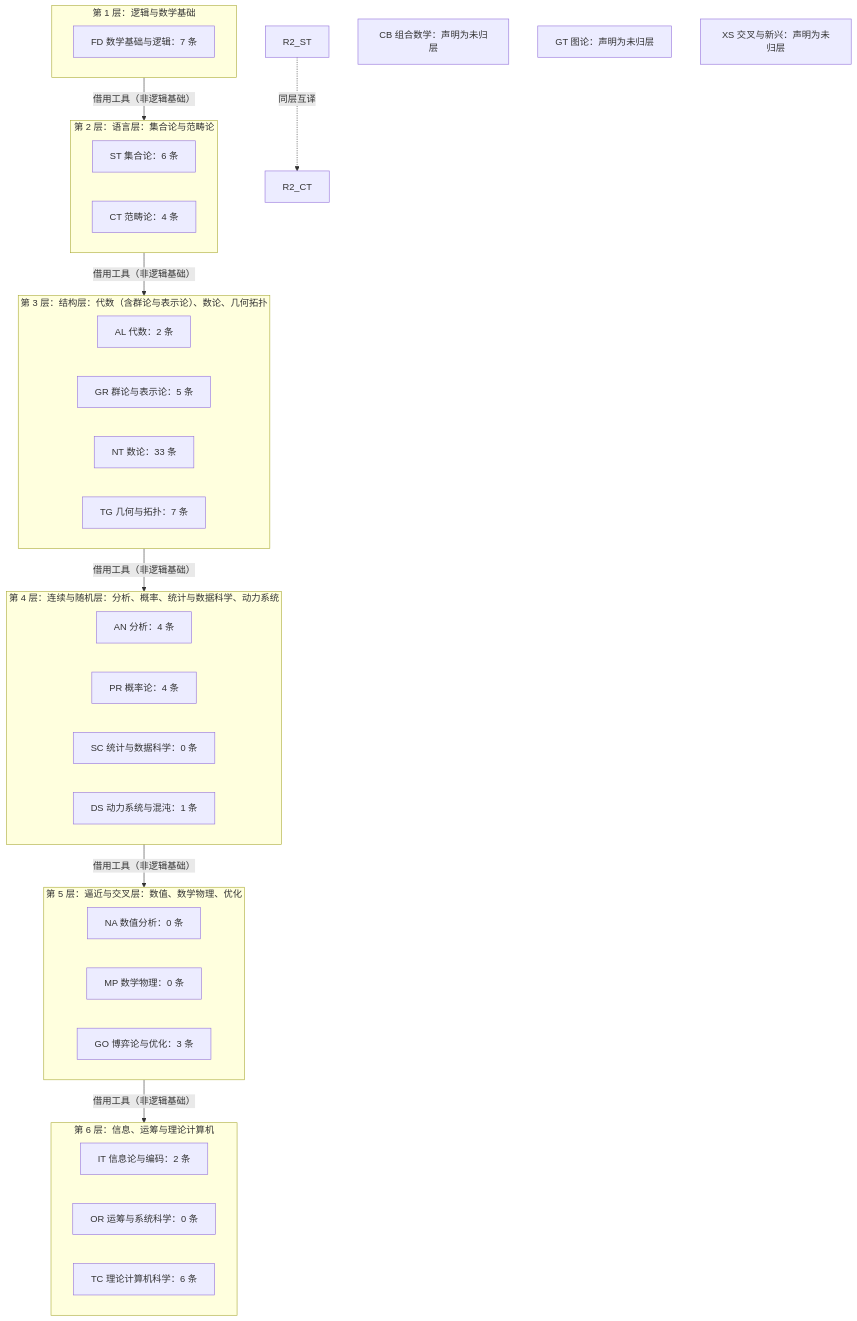
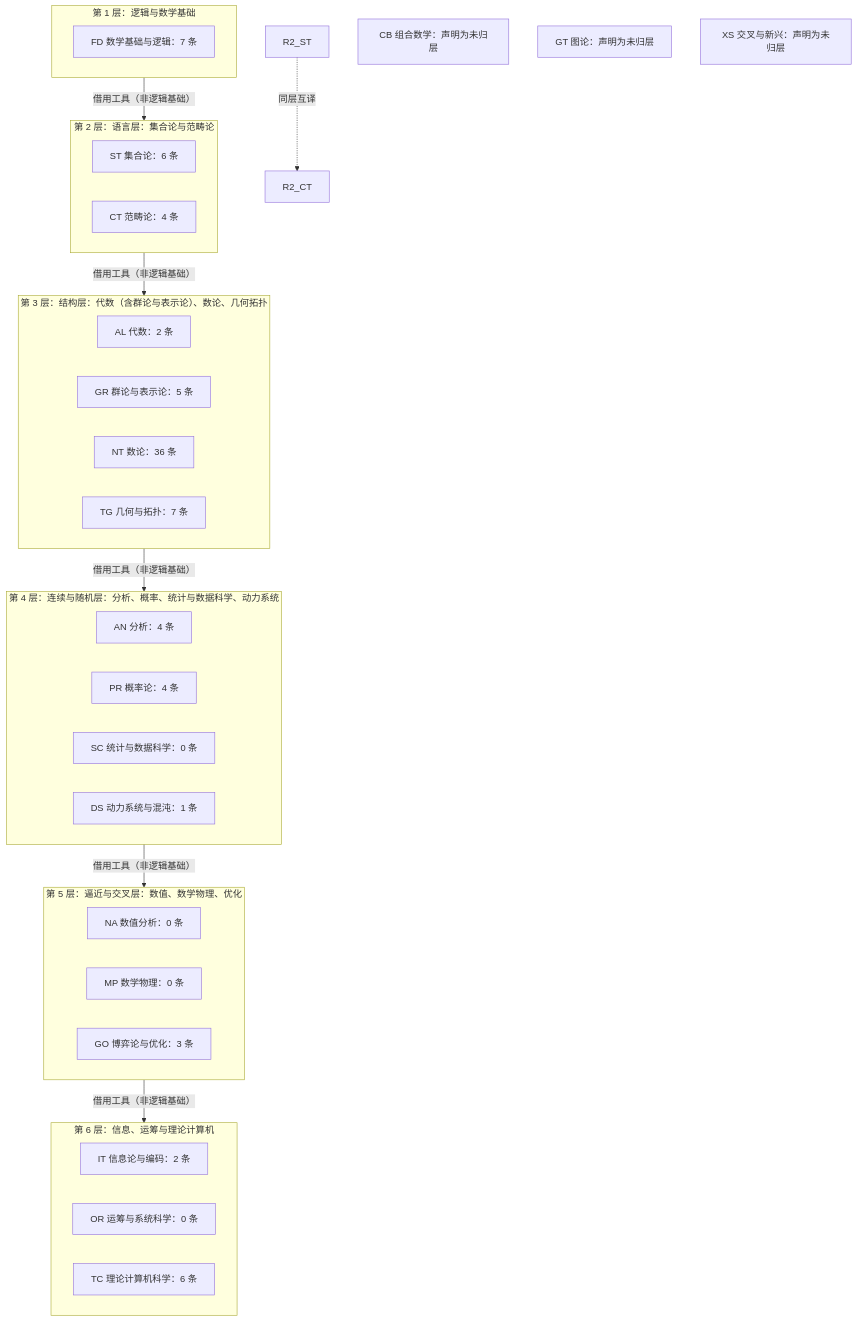
Before and after one commit to aikjx/openmath: the diagram in 10-文献与索引/知识图谱/流程图/01-域依赖.mmd, drawn with Mermaid. The commit also changed 26 other files, not shown here.

```diff
--- a/10-文献与索引/知识图谱/流程图/01-域依赖.mmd
+++ b/10-文献与索引/知识图谱/流程图/01-域依赖.mmd
@@ -1,39 +1,39 @@
 flowchart TB
   subgraph R1[第 1 层：逻辑与数学基础]
     T1_FD["FD 数学基础与逻辑：7 条"]
   end
   subgraph R2[第 2 层：语言层：集合论与范畴论]
     T2_ST["ST 集合论：6 条"]
     T2_CT["CT 范畴论：4 条"]
   end
   R1 -->|"借用工具（非逻辑基础）"| R2
   subgraph R3[第 3 层：结构层：代数（含群论与表示论）、数论、几何拓扑]
     T3_AL["AL 代数：2 条"]
     T3_GR["GR 群论与表示论：5 条"]
-    T3_NT["NT 数论：33 条"]
+    T3_NT["NT 数论：36 条"]
     T3_TG["TG 几何与拓扑：7 条"]
   end
   R2 -->|"借用工具（非逻辑基础）"| R3
   subgraph R4[第 4 层：连续与随机层：分析、概率、统计与数据科学、动力系统]
     T4_AN["AN 分析：4 条"]
     T4_PR["PR 概率论：4 条"]
     T4_SC["SC 统计与数据科学：0 条"]
     T4_DS["DS 动力系统与混沌：1 条"]
   end
   R3 -->|"借用工具（非逻辑基础）"| R4
   subgraph R5[第 5 层：逼近与交叉层：数值、数学物理、优化]
     T5_NA["NA 数值分析：0 条"]
     T5_MP["MP 数学物理：0 条"]
     T5_GO["GO 博弈论与优化：3 条"]
   end
   R4 -->|"借用工具（非逻辑基础）"| R5
   subgraph R6[第 6 层：信息、运筹与理论计算机]
     T6_IT["IT 信息论与编码：2 条"]
     T6_OR["OR 运筹与系统科学：0 条"]
     T6_TC["TC 理论计算机科学：6 条"]
   end
   R5 -->|"借用工具（非逻辑基础）"| R6
   R2_ST -.->|同层互译| R2_CT
   U_CB["CB 组合数学：声明为未归层"]
   U_GT["GT 图论：声明为未归层"]
   U_XS["XS 交叉与新兴：声明为未归层"]
```
